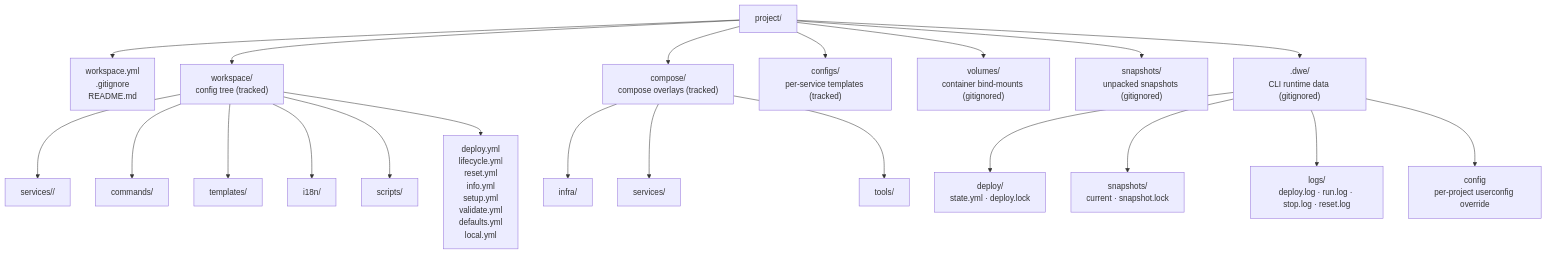
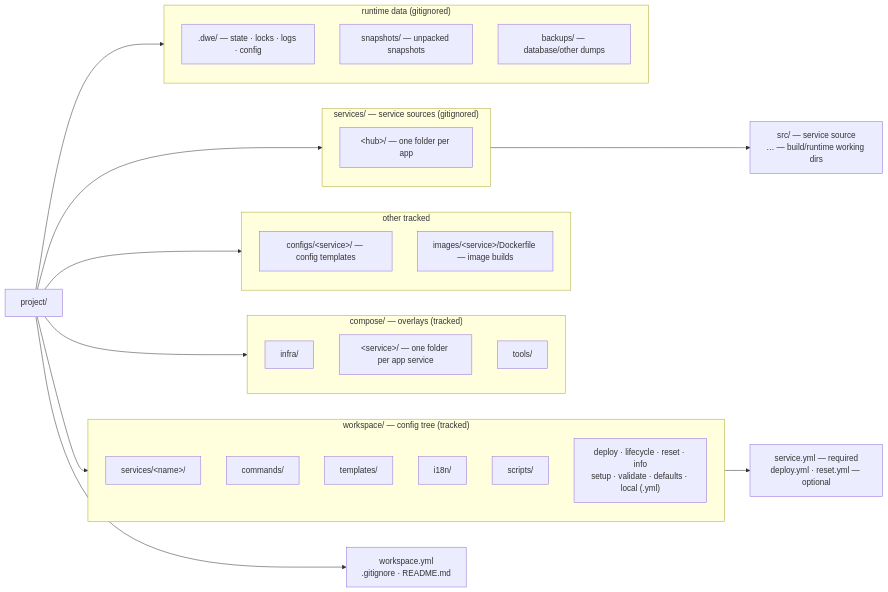
Before and after one commit to semsemyonoff/dwe: the diagram in docs/reference/concepts/project-layout.md, drawn with Mermaid. The commit also changed other lines of this file and 12 other files, not shown here.

First line of the commit message:
docs(concepts): rework project-layout & gitignore conventions

````diff
--- a/docs/reference/concepts/project-layout.md
+++ b/docs/reference/concepts/project-layout.md
@@ -24,28 +24,50 @@
 ```mermaid
-flowchart TD
+flowchart LR
   Root["project/"]
+  RootFiles["workspace.yml<br/>.gitignore · README.md"]
 
-  Root --> RootFiles["workspace.yml<br/>.gitignore<br/>README.md"]
-  Root --> DWEDir["workspace/<br/>config tree (tracked)"]
-  Root --> ComposeDir["compose/<br/>compose overlays (tracked)"]
-  Root --> ConfigsDir["configs/<br/>per-service templates (tracked)"]
-  Root --> VolumesDir["volumes/<br/>container bind-mounts (gitignored)"]
-  Root --> SnapsDir["snapshots/<br/>unpacked snapshots (gitignored)"]
-  Root --> DotDir[".dwe/<br/>CLI runtime data (gitignored)"]
+  subgraph workspace["workspace/ — config tree (tracked)"]
+    direction TB
+    WSServices["services/&lt;name&gt;/"]
+    WSCommands["commands/"]
+    WSTemplates["templates/"]
+    WSI18n["i18n/"]
+    WSScripts["scripts/"]
+    WSPipelines["deploy · lifecycle · reset · info<br/>setup · validate · defaults · local (.yml)"]
+  end
 
-  DWEDir --> DWEServices["services/<name>/"]
-  DWEDir --> DWECommands["commands/"]
-  DWEDir --> DWETemplates["templates/"]
-  DWEDir --> DWEI18n["i18n/"]
-  DWEDir --> DWEScripts["scripts/"]
-  DWEDir --> DWEPipelines["deploy.yml<br/>lifecycle.yml<br/>reset.yml<br/>info.yml<br/>setup.yml<br/>validate.yml<br/>defaults.yml<br/>local.yml"]
+  subgraph compose["compose/ — overlays (tracked)"]
+    direction TB
+    CInfra["infra/"]
+    CSvc["&lt;service&gt;/ — one folder per app service"]
+    CTools["tools/"]
+  end
 
-  ComposeDir --> ComposeInfra["infra/"]
-  ComposeDir --> ComposeServices["services/"]
-  ComposeDir --> ComposeTools["tools/"]
+  subgraph other["other tracked"]
+    direction TB
+    ConfigsDir["configs/&lt;service&gt;/ — config templates"]
+    ImagesDir["images/&lt;service&gt;/Dockerfile — image builds"]
+  end
 
-  DotDir --> DotDeploy["deploy/<br/>state.yml · deploy.lock"]
-  DotDir --> DotSnaps["snapshots/<br/>current · snapshot.lock"]
-  DotDir --> DotLogs["logs/<br/>deploy.log · run.log · stop.log · reset.log"]
-  DotDir --> DotConfig["config<br/>per-project userconfig override"]
+  subgraph srcdir["services/ — service sources (gitignored)"]
+    direction TB
+    SrcHub["&lt;hub&gt;/ — one folder per app"]
+  end
+
+  subgraph runtime["runtime data (gitignored)"]
+    direction TB
+    DotDir[".dwe/ — state · locks · logs · config"]
+    SnapsDir["snapshots/ — unpacked snapshots"]
+    BackupsDir["backups/ — database/other dumps"]
+  end
+
+  Root --> RootFiles
+  Root --> workspace
+  Root --> compose
+  Root --> other
+  Root --> srcdir
+  Root --> runtime
+
+  WSServices --> WSSvcFiles["service.yml — required<br/>deploy.yml · reset.yml — optional"]
+  SrcHub --> SrcHubDetail["src/ — service source<br/>… — build/runtime working dirs"]
 ```
````
